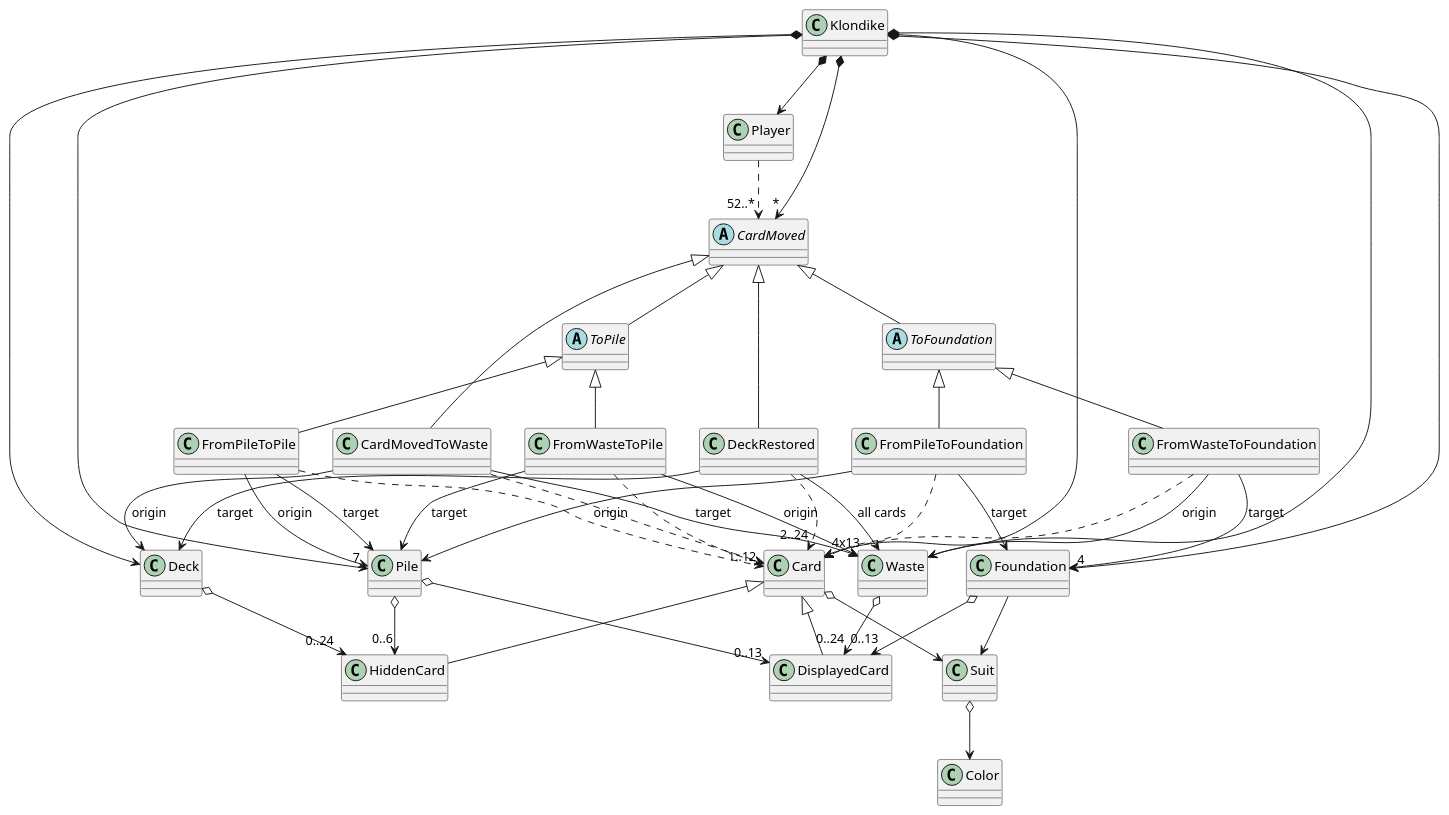
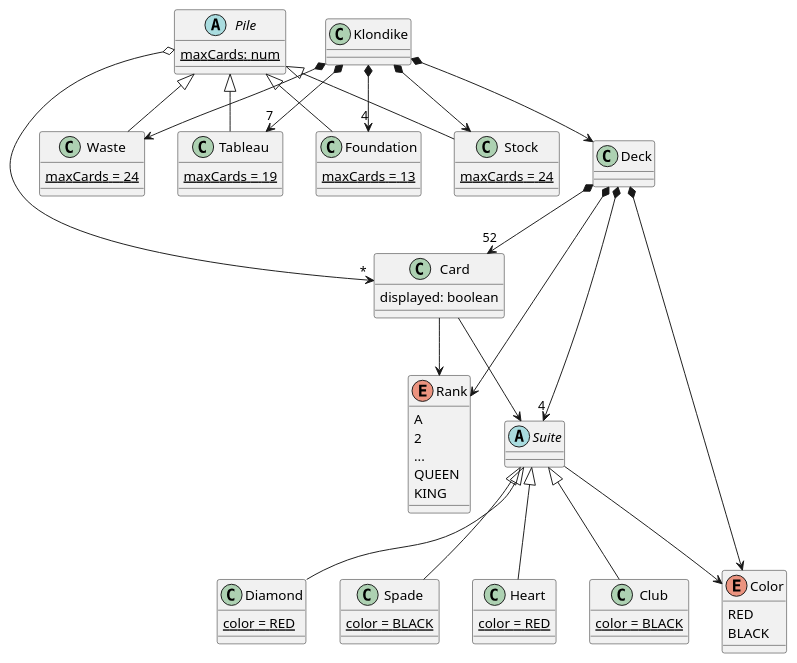
One commit to PabloMartinFluvia/IT-School changed the diagram in MPDS/Klondike/docs/src/domain model overview.plantuml. Above: the diagram before and after it, drawn with PlantUML. The commit also changed 7 other files, not shown here.

```diff
--- a/MPDS/Klondike/docs/src/domain model overview.plantuml
+++ b/MPDS/Klondike/docs/src/domain model overview.plantuml
@@ -1,109 +1,83 @@
 @startuml
 
 class Klondike
-class Player
 
 class Deck
-class Waste
-class Pile
-class Foundation
 
-class Card
-class HiddenCard
-class DisplayedCard
-class Suit
-class Color
+abstract class Pile{
+    {static} maxCards: num
+}
 
-abstract class CardMoved
-class DeckRestored
-class CardMovedToWaste
-abstract class ToPile
-class FromWasteToPile
-class FromPileToPile
-abstract class ToFoundation
-class FromWasteToFoundation
-class FromPileToFoundation
+class Stock{
+    {static} maxCards = 24
+}
+class Waste{
+    {static} maxCards = 24
+}
+class Tableau{
+    {static} maxCards = 19
+}
+class Foundation{
+    {static} maxCards = 13
+}
+
+class Card{
+    displayed: boolean
+}
+
+enum Rank{
+    A
+    2
+    ...
+    QUEEN
+    KING
+}
+
+abstract class Suite
+class Spade{
+    {static} color = BLACK
+}
+class Heart{
+    {static} color = RED
+}
+class Club{
+    {static} color = BLACK
+}
+class Diamond{
+    {static} color = RED
+}
+
+enum Color{
+    RED
+    BLACK
+}
+
+Klondike *-down-> Deck
+Klondike *-down-> Stock
+Klondike *-down-> Waste
+Klondike *-down-> "7" Tableau
+Klondike *-down-> "4" Foundation
+
+Deck *-down-> "52" Card
+Deck *-down-> Rank
+Deck *-down-> Color
+Deck *-down-> "4" Suite
+
+Card -down-> Suite
+Card -down-> Rank
+
+Suite <|-down- Spade
+Suite <|-down- Heart
+Suite <|-down- Club
+Suite <|-down- Diamond
+Suite -down-> Color
+
+Pile o-down-> "*" Card
+
+Pile <|-down- Stock
+Pile <|-down- Waste
+Pile <|-down- Tableau
+Pile <|-down- Foundation
 
 
-
-'klondike dependencies'
-Klondike *-down-> Player
-Klondike *-down-> "*" CardMoved
-Klondike *-down-> "4x13" Card
-Klondike *-down-> Deck
-Klondike *-down-> Waste
-Klondike *-down-> "7" Pile
-Klondike *-down-> "4" Foundation
-
-'Player dependencies'
-Player .down.> "52..*" CardMoved
-
-'Deck dependencies'
-Deck o-down-> "0..24" HiddenCard
-'Waste dependencies'
-Waste o-down-> "0..24" DisplayedCard
-'Pile dependencies'
-Pile o-down-> "0..6" HiddenCard
-Pile o-down-> "0..13" DisplayedCard
-'Foundation dependencies'
-Foundation o-down-> "0..13" DisplayedCard
-Foundation -down-> Suit
-
-'Card children'
-Card <|-down- HiddenCard
-Card <|-down- DisplayedCard
-
-'Card dependencies'
-Card o-down-> Suit
-
-'Suit dependencies'
-Suit o-down-> Color
-
-'CardMoved children'
-CardMoved <|-down- DeckRestored
-CardMoved <|-down- CardMovedToWaste
-CardMoved <|-down- ToPile
-CardMoved <|-down- ToFoundation
-
-'DeckRestored dependencies'
-DeckRestored -down-> Deck : target
-DeckRestored -down-> Waste : all cards
-DeckRestored .down.> "2..24" Card
-
-'CardMovedToWaste dependencies'
-CardMovedToWaste -down-> Waste : target
-CardMovedToWaste -down-> Deck : origin
-CardMovedToWaste .down.> Card
-
-'ToPile children"
-ToPile <|-down- FromWasteToPile
-ToPile <|-down- FromPileToPile
-
-'FromWasteToPile dependencies'
-FromWasteToPile .down.> Card
-FromWasteToPile -down-> Pile : target
-FromWasteToPile -down-> Waste : origin
-
-'FromPileToPile dependencies'
-FromPileToPile .down.> "1..12" Card
-FromPileToPile -down-> Pile : target
-FromPileToPile -down-> Pile : origin
-
-'ToFoundation children"
-ToFoundation <|-down- FromWasteToFoundation
-ToFoundation <|-down- FromPileToFoundation
-
-'FromWasteToFoundation dependencies'
-FromWasteToFoundation .down.> Card
-FromWasteToFoundation -down-> Foundation : target
-FromWasteToFoundation -down-> Waste : origin
-
-'FromPileToFoundation dependencies'
-FromPileToFoundation .down.>  Card
-FromPileToFoundation -down-> Foundation : target
-FromPileToFoundation -down-> Pile : origin
-
-
-'hidden dependencies'
-
 @enduml
```
